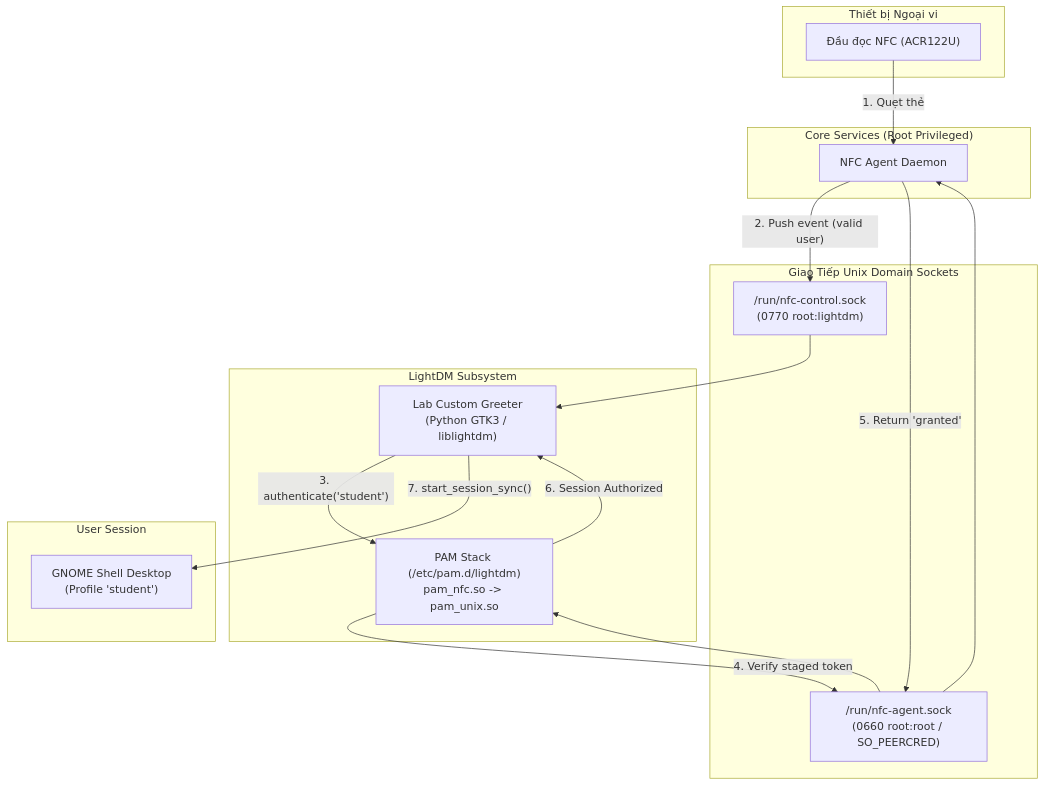
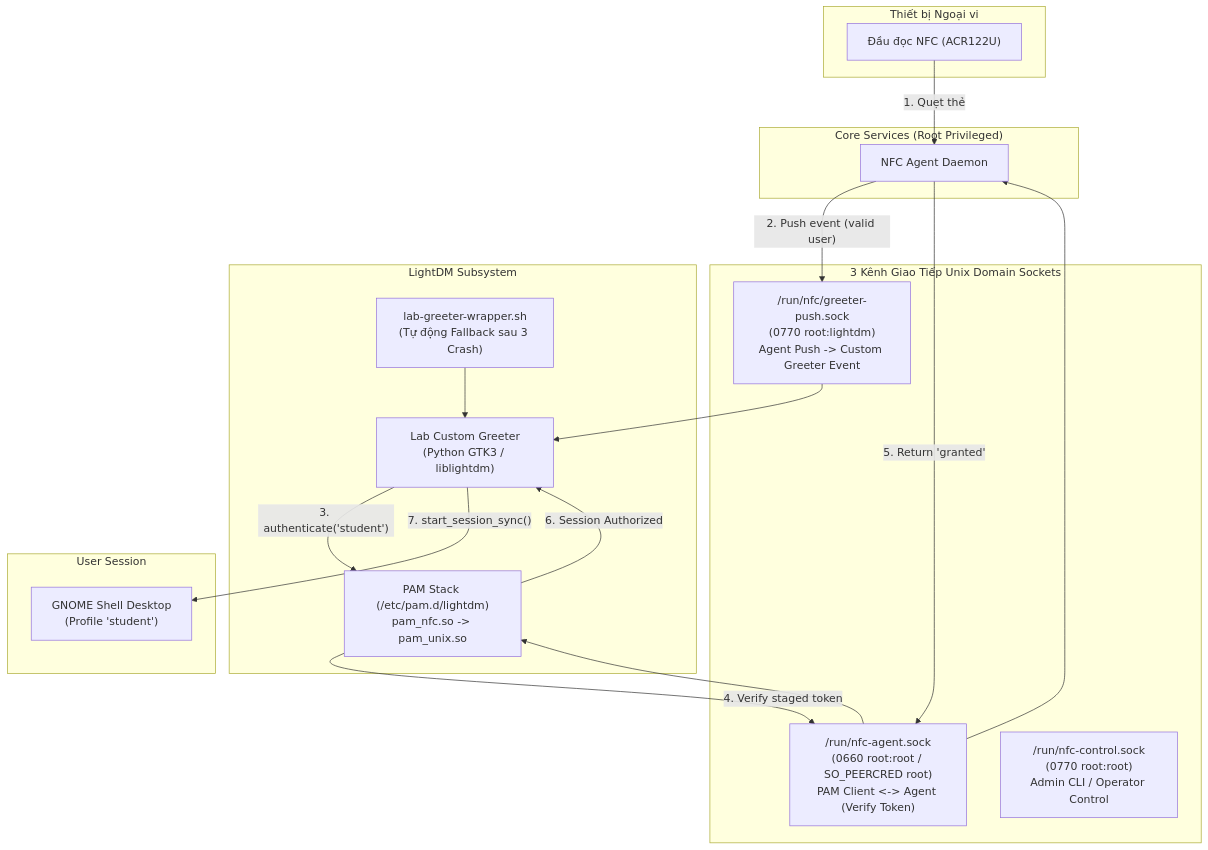
Before and after one commit to binhtoong21/linux-access-control: the diagram in design/docs/06-architecture/decisions/ADR-005-pam-greeter-va-display-manager.md, drawn with Mermaid. The commit also changed other lines of this file and 15 other files, not shown here.

````diff
--- a/design/docs/06-architecture/decisions/ADR-005-pam-greeter-va-display-manager.md
+++ b/design/docs/06-architecture/decisions/ADR-005-pam-greeter-va-display-manager.md
@@ -60,35 +60,38 @@
 ```mermaid
 flowchart TD
     subgraph HARDWARE["Thiết bị Ngoại vi"]
         Reader["Đầu đọc NFC (ACR122U)"]
     end
 
     subgraph DAEMON["Core Services (Root Privileged)"]
         Agent["NFC Agent Daemon"]
     end
 
-    subgraph IPC_SOCKETS["Giao Tiếp Unix Domain Sockets"]
-        AgentSock["/run/nfc-agent.sock<br>(0660 root:root / SO_PEERCRED)"]
-        ControlSock["/run/nfc-control.sock<br>(0770 root:lightdm)"]
+    subgraph IPC_SOCKETS["3 Kênh Giao Tiếp Unix Domain Sockets"]
+        AgentSock["/run/nfc-agent.sock<br>(0660 root:root / SO_PEERCRED root)<br>PAM Client <-> Agent (Verify Token)"]
+        GreeterSock["/run/nfc/greeter-push.sock<br>(0770 root:lightdm)<br>Agent Push -> Custom Greeter Event"]
+        ControlSock["/run/nfc-control.sock<br>(0770 root:root)<br>Admin CLI / Operator Control"]
     end
 
     subgraph DISPLAY["LightDM Subsystem"]
+        Wrapper["lab-greeter-wrapper.sh<br>(Tự động Fallback sau 3 Crash)"]
         Greeter["Lab Custom Greeter<br>(Python GTK3 / liblightdm)"]
         PAM["PAM Stack (/etc/pam.d/lightdm)<br>pam_nfc.so -> pam_unix.so"]
     end
 
     subgraph DESKTOP["User Session"]
         GNOME["GNOME Shell Desktop<br>(Profile 'student')"]
     end
 
     Reader -- "1. Quẹt thẻ" --> Agent
-    Agent -- "2. Push event (valid user)" --> ControlSock
-    ControlSock --> Greeter
+    Agent -- "2. Push event (valid user)" --> GreeterSock
+    Wrapper --> Greeter
+    GreeterSock --> Greeter
     Greeter -- "3. authenticate('student')" --> PAM
     PAM -- "4. Verify staged token" --> AgentSock
     AgentSock --> Agent
     Agent -- "5. Return 'granted'" --> AgentSock
     AgentSock --> PAM
     PAM -- "6. Session Authorized" --> Greeter
     Greeter -- "7. start_session_sync()" --> GNOME
 ```
````
